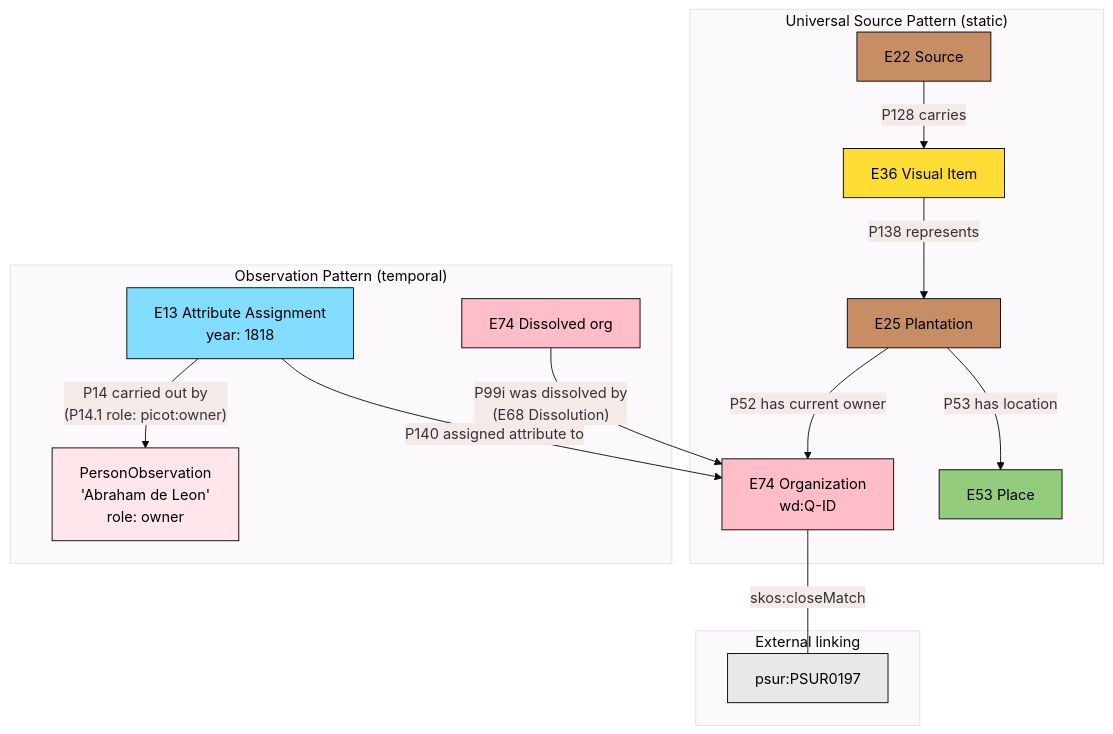
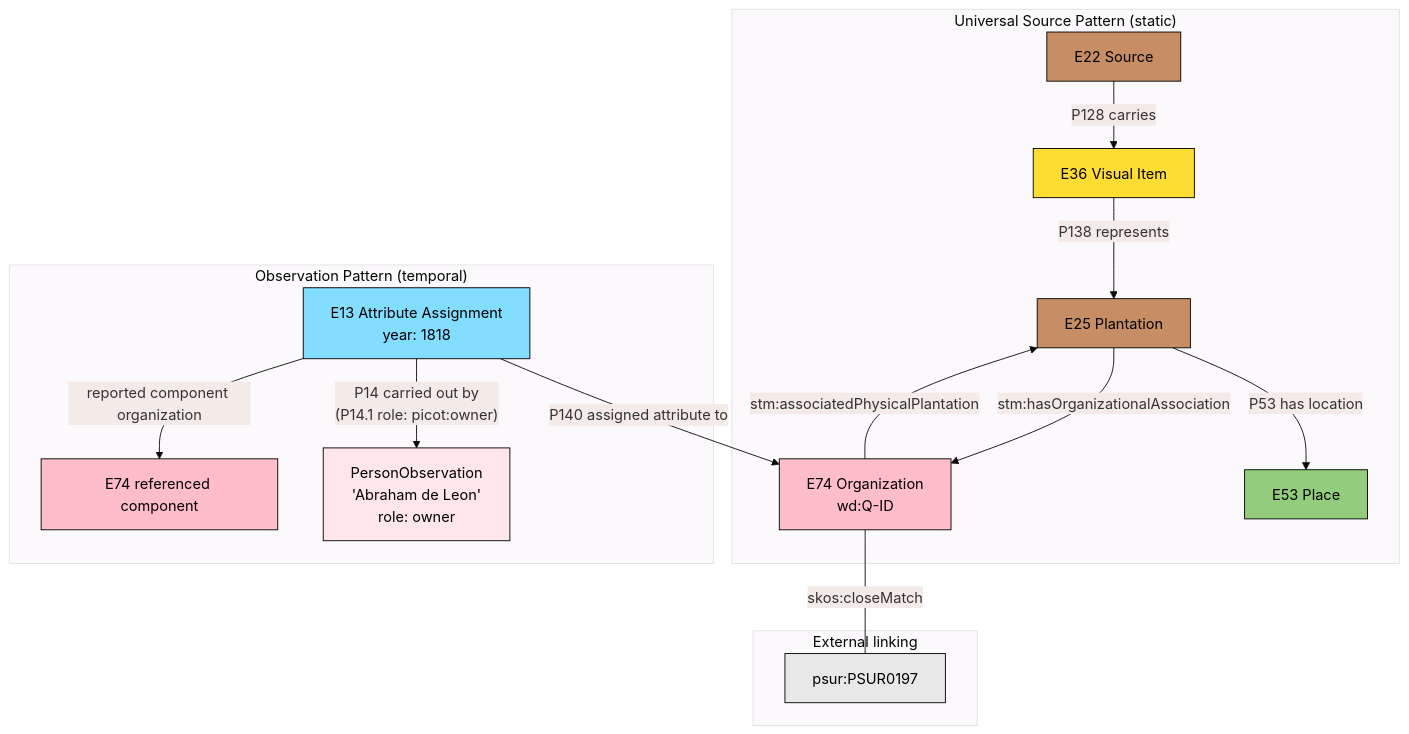
Before and after one commit to SurinameTimeMachine/suriname-database-model: the seventh of 7 diagrams in docs/models/observations-explained.mdx, drawn with Mermaid. The commit also changed other lines of this file and 17 other files, not shown here.

````diff
--- a/docs/models/observations-explained.mdx
+++ b/docs/models/observations-explained.mdx
@@ -425,52 +428,53 @@
 ```mermaid
 %%{init: {'theme': 'base', 'themeVariables': { 'primaryColor': '#e8f4ea'}}}%%
 flowchart TB
     subgraph "Universal Source Pattern (static)"
         E22["E22 Source"]
         E36["E36 Visual Item"]
         E25["E25 Plantation"]
         E53["E53 Place"]
         E74_ORG["E74 Organization
         wd:Q-ID"]
 
         E22 -->|"P128 carries"| E36
         E36 -->|"P138 represents"| E25
         E25 -->|"P53 has location"| E53
-        E25 -->|"P52 has current owner"| E74_ORG
+        E25 -->|"stm:hasOrganizationalAssociation"| E74_ORG
+        E74_ORG -->|"stm:associatedPhysicalPlantation"| E25
     end
 
     subgraph "Observation Pattern (temporal)"
         OBS["E13 Attribute Assignment
         year: 1818"]
         PO["PersonObservation
         'Abraham de Leon'
         role: owner"]
-        SPLIT["E74 Dissolved org"]
+        SPLIT["E74 referenced component"]
 
         OBS -->|"P140 assigned attribute to"| E74_ORG
         OBS -->|"P14 carried out by<br/>(P14.1 role: picot:owner)"| PO
-        SPLIT -->|"P99i was dissolved by<br/>(E68 Dissolution)"| E74_ORG
+        OBS -->|"reported component organization"| SPLIT
     end
 
     subgraph "External linking"
         PSUR["psur:PSUR0197"]
         E74_ORG ---|"skos:closeMatch"| PSUR
     end
 
     classDef crm_E18_Physical_Thing fill:#c78e66,stroke:#000000,color:#000000
     classDef crm_E28_Conceptual_Object fill:#fddc34,stroke:#000000,color:#000000
     classDef crm_E53_Place fill:#94cc7d,stroke:#000000,color:#000000
     classDef crm_E39_Actor fill:#ffbdca,stroke:#000000,color:#000000
     classDef crm_E2_Temporal_Entity fill:#82ddff,stroke:#000000,color:#000000
     classDef pico fill:#ffe6eb,stroke:#000000,color:#000000
     classDef external fill:#e8e8e8,stroke:#000000,color:#000000
 
     class E22 crm_E18_Physical_Thing
     class E36 crm_E28_Conceptual_Object
     class E25 crm_E18_Physical_Thing
     class E53 crm_E53_Place
     class E74_ORG,SPLIT crm_E39_Actor
     class OBS crm_E2_Temporal_Entity
     class PO pico
     class PSUR external
 ```
````
